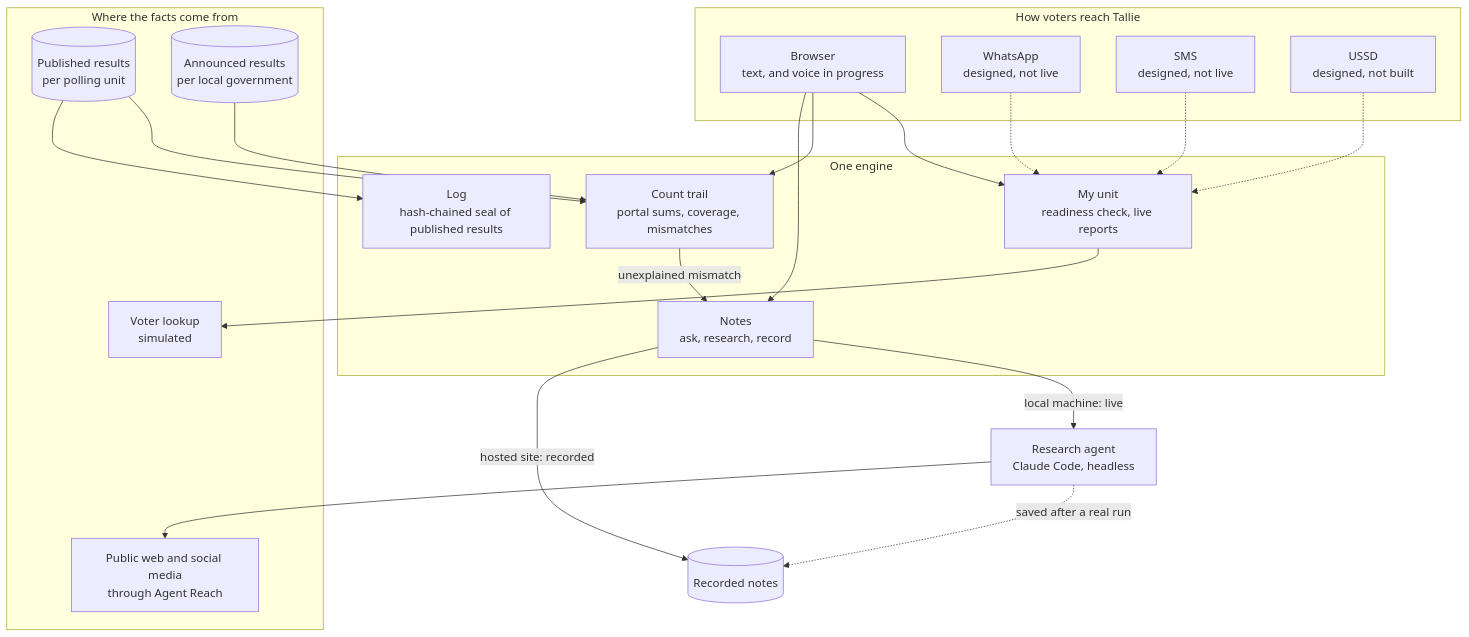
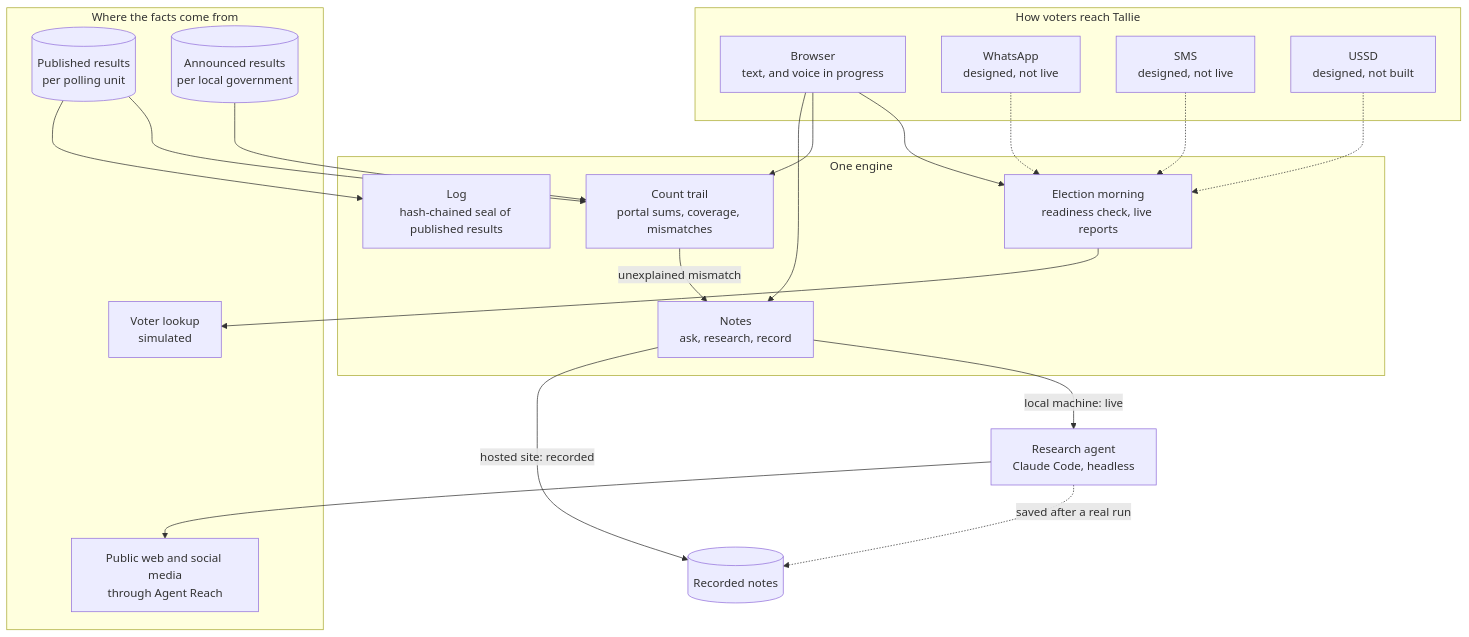
Before and after one commit to ktechfest2/TEAM-8-3.0: the second of 3 diagrams in docs/SYSTEM-SKETCH.md, drawn with Mermaid. The commit also changed other lines of this file and 29 other files, not shown here.

````diff
--- a/docs/SYSTEM-SKETCH.md
+++ b/docs/SYSTEM-SKETCH.md
@@ -42,39 +42,39 @@
 ```mermaid
 flowchart TB
   subgraph channels["How voters reach Tallie"]
     APP["Browser<br/>text, and voice in progress"]
     WA["WhatsApp<br/>designed, not live"]
     SMS["SMS<br/>designed, not live"]
     USSD["USSD<br/>designed, not built"]
   end
 
   subgraph engine["One engine"]
-    MU["My unit<br/>readiness check, live reports"]
+    MU["Election morning<br/>readiness check, live reports"]
     CT["Count trail<br/>portal sums, coverage, mismatches"]
     NT["Notes<br/>ask, research, record"]
     LG["Log<br/>hash-chained seal of published results"]
   end
 
   subgraph sources["Where the facts come from"]
     P[("Published results<br/>per polling unit")]
     AN[("Announced results<br/>per local government")]
     VL["Voter lookup<br/>simulated"]
     WEB["Public web and social media<br/>through Agent Reach"]
   end
 
   APP --> MU
   WA -.-> MU
   SMS -.-> MU
   USSD -.-> MU
   APP --> CT
   APP --> NT
   MU --> VL
   P --> CT
   AN --> CT
   P --> LG
   CT -- "unexplained mismatch" --> NT
   NT -- "local machine: live" --> AG["Research agent<br/>Claude Code, headless"]
   AG --> WEB
   NT -- "hosted site: recorded" --> RN[("Recorded notes")]
   AG -. "saved after a real run" .-> RN
 ```
````
